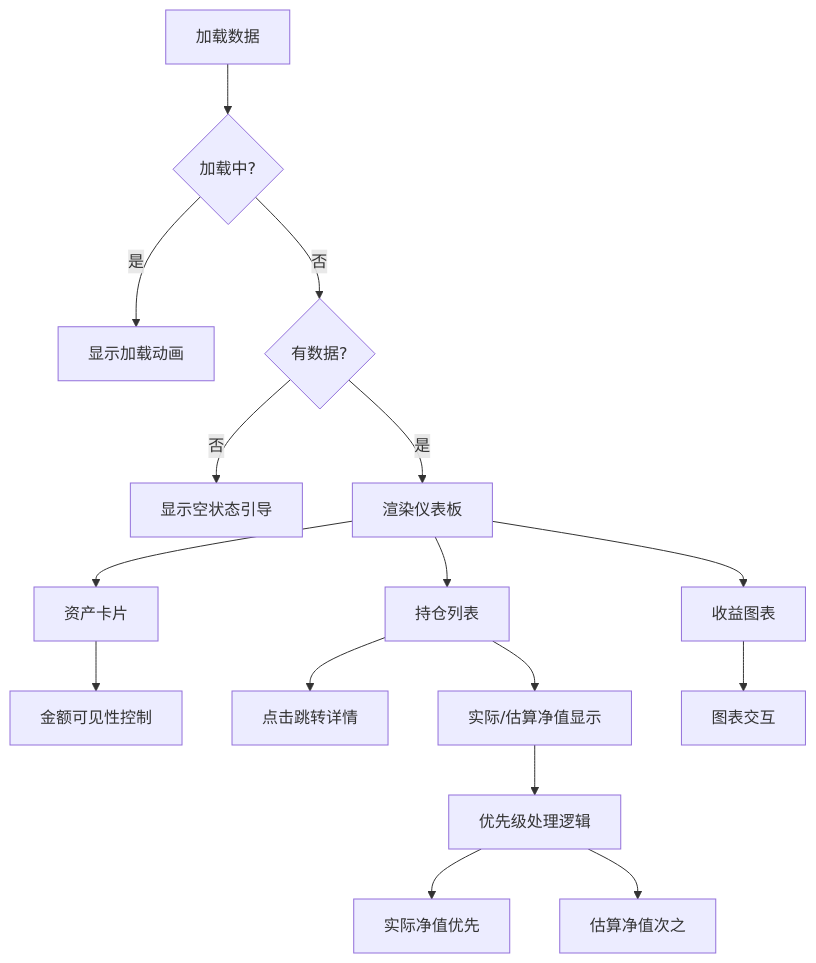
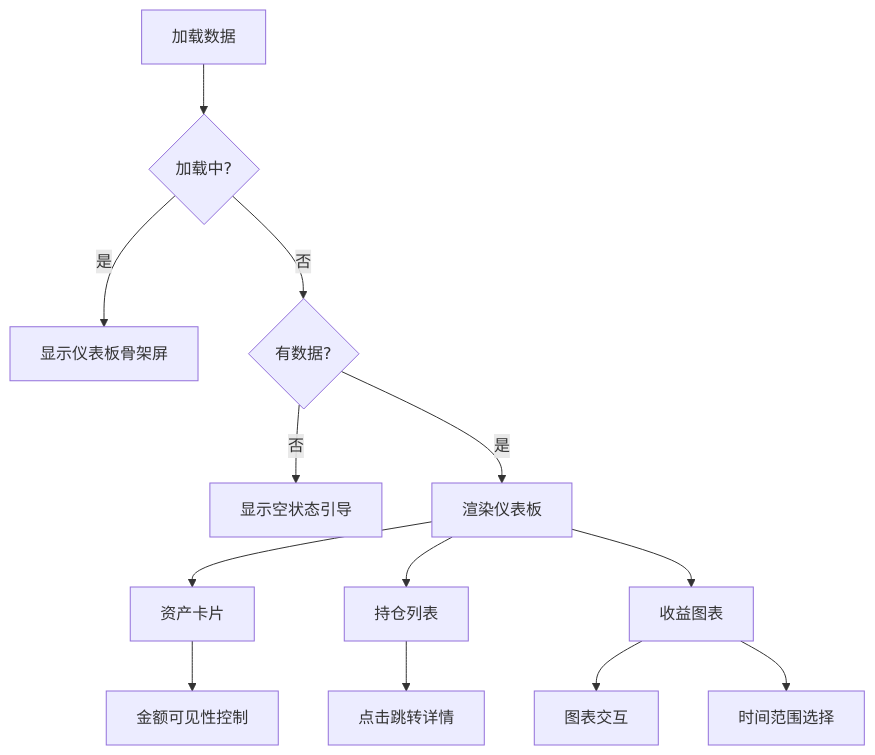
One commit to gree-coder/fund-butler changed the sixth of 9 diagrams in .qoder/repowiki/zh/content/Dashboard Enhancement.md. Above: the diagram before and after it, drawn with Mermaid. The commit also changed other lines of this file and 21 other files, not shown here.

````diff
--- a/.qoder/repowiki/zh/content/Dashboard Enhancement.md
+++ b/.qoder/repowiki/zh/content/Dashboard Enhancement.md
@@ -364,18 +274,15 @@
 ```mermaid
 flowchart TD
 LoadData[加载数据] --> CheckLoading{加载中?}
-CheckLoading --> |是| ShowSpinner[显示加载动画]
+CheckLoading --> |是| ShowSkeleton[显示仪表板骨架屏]
 CheckLoading --> |否| CheckData{有数据?}
 CheckData --> |否| ShowEmpty[显示空状态引导]
 CheckData --> |是| RenderDashboard[渲染仪表板]
 RenderDashboard --> AssetCards[资产卡片]
 RenderDashboard --> PositionList[持仓列表]
 RenderDashboard --> ProfitChart[收益图表]
 AssetCards --> AmountVisibility[金额可见性控制]
 PositionList --> ClickNavigation[点击跳转详情]
-PositionList --> ReturnDisplay[实际/估算净值显示]
 ProfitChart --> ChartInteraction[图表交互]
-ReturnDisplay --> PriorityHandling[优先级处理逻辑]
-PriorityHandling --> ActualFirst["实际净值优先"]
-PriorityHandling --> EstimateSecond["估算净值次之"]
+ProfitChart --> TimeRangeSelector[时间范围选择]
 ```
````
